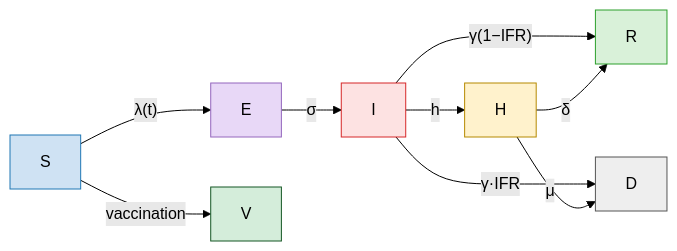
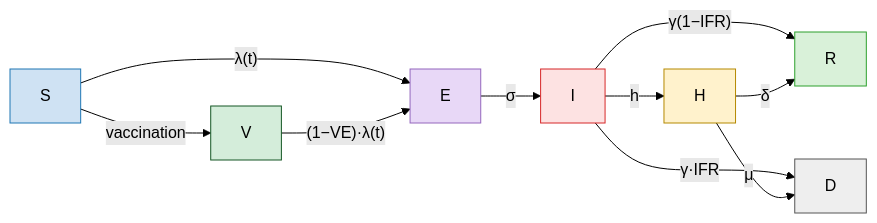
One commit to tasnim-mafiz/lorentz_center_workshop changed the sixth of 6 diagrams in assets/presentations/intro_idm_for_survival.qmd. Above: the diagram before and after it, drawn with Mermaid (forest theme). The commit also changed other lines of this file, not shown here.

````diff
--- a/assets/presentations/intro_idm_for_survival.qmd
+++ b/assets/presentations/intro_idm_for_survival.qmd
@@ -782,19 +782,20 @@
 ```{mermaid}
 %%| fig-width: 11
 flowchart LR
   S:::s -->|"λ(t)"| E:::e
   E -->|"σ"| I:::i
   I -->|"γ(1−IFR)"| R:::r
   I -->|"γ·IFR"| D:::d
   I -->|"h"| H:::h
   H -->|"δ"| R
   H -->|"μ"| D
   S -->|"vaccination"| V:::v
+  V -->|"(1−VE)·λ(t)"| E
   classDef s fill:#cfe2f3,stroke:#1f77b4
   classDef e fill:#e8d8f7,stroke:#9467bd
   classDef i fill:#fde2e2,stroke:#d62728
   classDef r fill:#d9f1d9,stroke:#2ca02c
   classDef d fill:#eeeeee,stroke:#555
   classDef h fill:#fff2cc,stroke:#b58900
   classDef v fill:#d4edda,stroke:#155724
 ```
````
